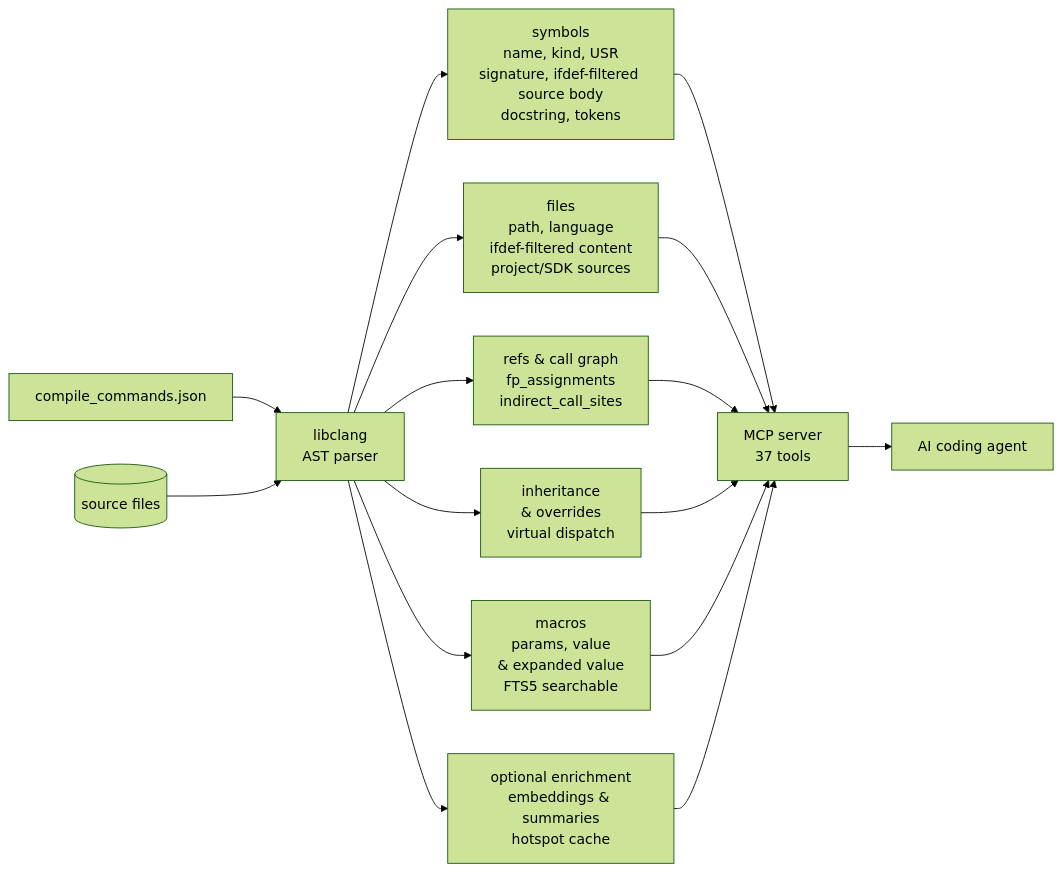
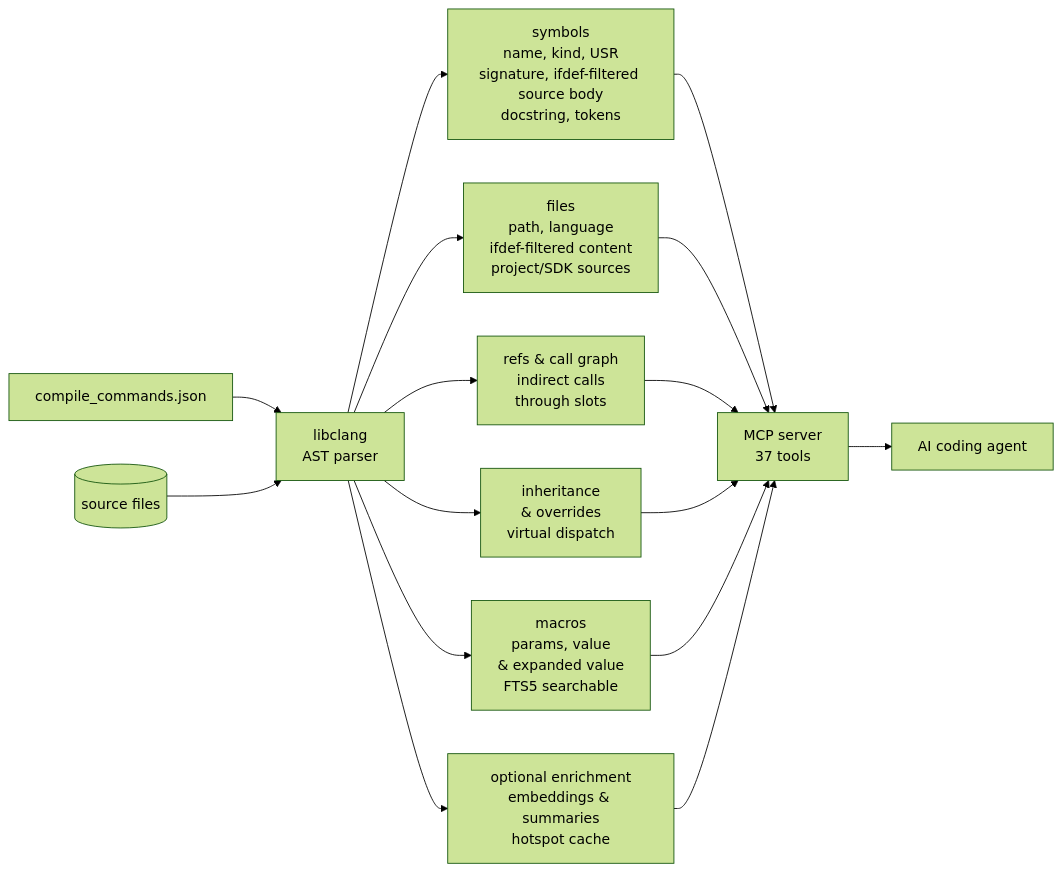
One commit to turbyho/fw-context-mcp changed the diagram in README.md. Above: the diagram before and after it, drawn with Mermaid (forest theme). The commit also changed other lines of this file and 19 other files, not shown here.

````diff
--- a/README.md
+++ b/README.md
@@ -116,7 +116,7 @@
 ```mermaid
 flowchart LR
     CCJ[compile_commands.json] & SRC[(source files)] --> LIBCLANG[libclang<br/>AST parser]
-    LIBCLANG --> SYMBOLS[symbols<br/>name, kind, USR<br/>signature, ifdef-filtered source body<br/>docstring, tokens] & FILES[files<br/>path, language<br/>ifdef-filtered content<br/>project/SDK sources] & REFS[refs &amp; call graph<br/>fp_assignments<br/>indirect_call_sites] & INHERIT[inheritance<br/>&amp; overrides<br/>virtual dispatch] & MACROS[macros<br/>params, value<br/>&amp; expanded value<br/>FTS5 searchable] & ENRICH[optional enrichment<br/>embeddings &amp; summaries<br/>hotspot cache]
+    LIBCLANG --> SYMBOLS[symbols<br/>name, kind, USR<br/>signature, ifdef-filtered source body<br/>docstring, tokens] & FILES[files<br/>path, language<br/>ifdef-filtered content<br/>project/SDK sources] & REFS[refs &amp; call graph<br/>indirect calls<br/>through slots] & INHERIT[inheritance<br/>&amp; overrides<br/>virtual dispatch] & MACROS[macros<br/>params, value<br/>&amp; expanded value<br/>FTS5 searchable] & ENRICH[optional enrichment<br/>embeddings &amp; summaries<br/>hotspot cache]
     SYMBOLS & FILES & REFS & INHERIT & MACROS & ENRICH --> MCP[MCP server<br/>37 tools]
     MCP --> LLM[AI coding agent]
 ```
````
